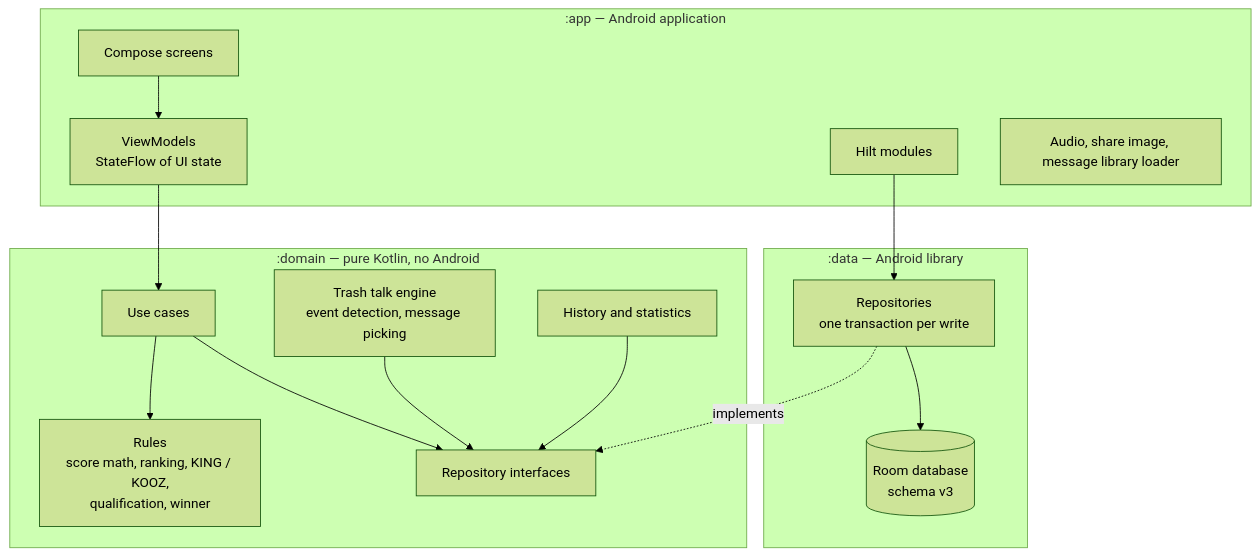
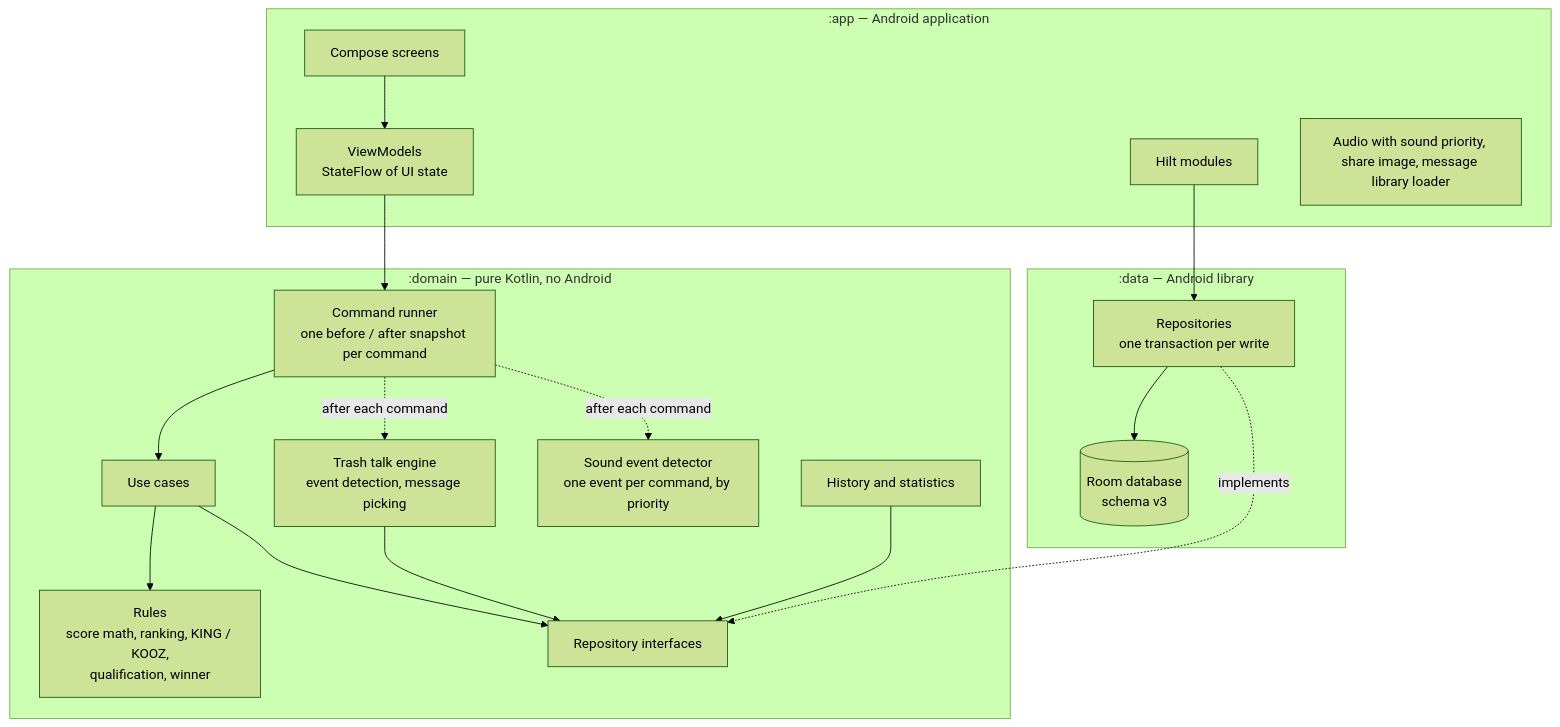
Before and after one commit to khaledX5/kotlin-domino-score-tracker: the first of 2 diagrams in README.md, drawn with Mermaid (forest theme). The commit also changed other lines of this file, not shown here.

Commit message:
docs: show the command runner and sound events in the readme diagrams

````diff
--- a/README.md
+++ b/README.md
@@ -84,31 +84,35 @@
 ```mermaid
 flowchart TB
     subgraph app [":app — Android application"]
         ui[Compose screens]
         vm[ViewModels<br/>StateFlow of UI state]
         di[Hilt modules]
-        side[Audio, share image, message library loader]
+        side[Audio with sound priority, share image, message library loader]
     end
 
     subgraph domain [":domain — pure Kotlin, no Android"]
         rules[Rules<br/>score math, ranking, KING / KOOZ,<br/>qualification, winner]
+        runner[Command runner<br/>one before / after snapshot per command]
         usecases[Use cases]
         engine[Trash talk engine<br/>event detection, message picking]
+        sounds[Sound event detector<br/>one event per command, by priority]
         stats[History and statistics]
         ports[Repository interfaces]
     end
 
     subgraph data [":data — Android library"]
         room[(Room database<br/>schema v3)]
         repos[Repositories<br/>one transaction per write]
     end
 
-    ui --> vm --> usecases
+    ui --> vm --> runner --> usecases
+    runner -. after each command .-> engine
+    runner -. after each command .-> sounds
     usecases --> rules
     usecases --> ports
     engine --> ports
     stats --> ports
     repos -. implements .-> ports
     repos --> room
     di --> repos
 ```
````
